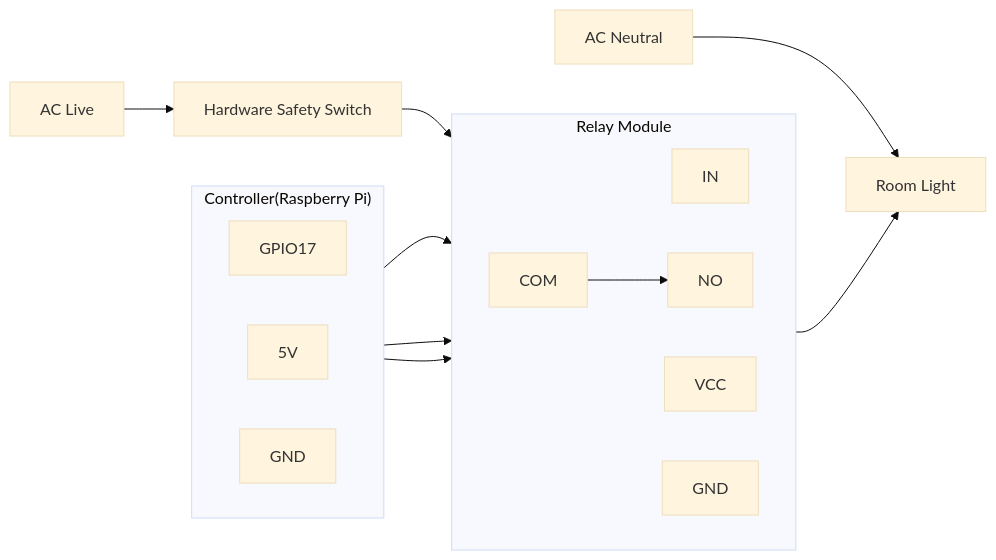
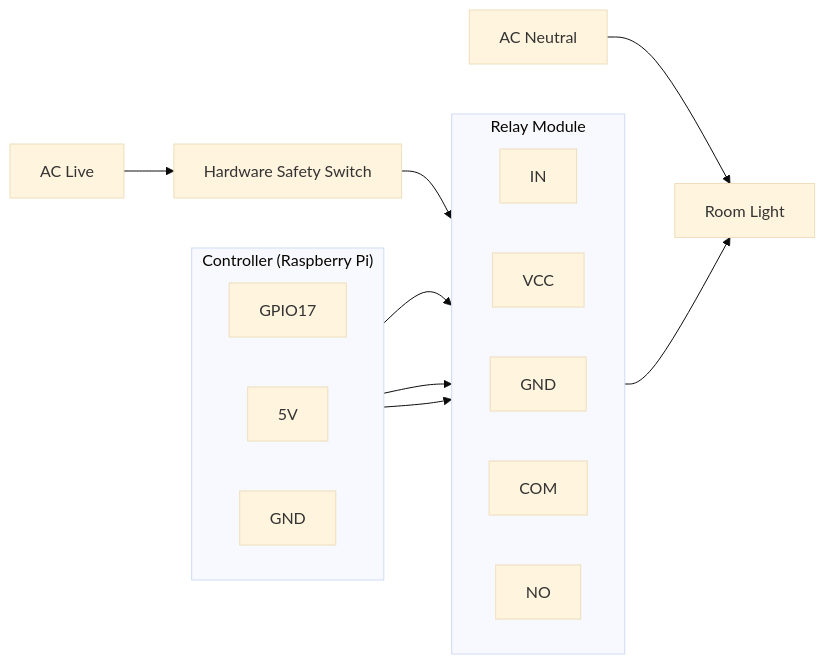
One commit to balanisuryansh-dotcom/RoomLight-IoT changed the diagram in README.md. Above: the diagram before and after it, drawn with Mermaid (base theme).

````diff
--- a/README.md
+++ b/README.md
@@ -31,30 +31,33 @@
 ```mermaid
 flowchart LR
 
-    subgraph PI["Controller(Raspberry Pi)"]
+    subgraph PI["Controller (Raspberry Pi)"]
         direction LR
         GPIO["GPIO17"]
         PIVCC["5V"]
         PIG["GND"]
     end
 
     subgraph RELAY["Relay Module"]
         direction LR
         IN["IN"]
         RVCC["VCC"]
         RGND["GND"]
         COM["COM"]
         NO["NO"]
     end
 
+    %% Low Voltage DC Connections
     GPIO --> IN
     PIVCC --> RVCC
     PIG --> RGND
 
+    %% Invisible link to force Relay to the right of the Pi
+    PI ~~~ RELAY
+
+    %% High Voltage AC Connections (Flowing Left to Right)
     ACL["AC Live"] --> SW["Hardware Safety Switch"]
     SW --> COM
-    COM --> NO
     NO --> LIGHT["Room Light"]
-
     ACN["AC Neutral"] --> LIGHT
 ```
````
